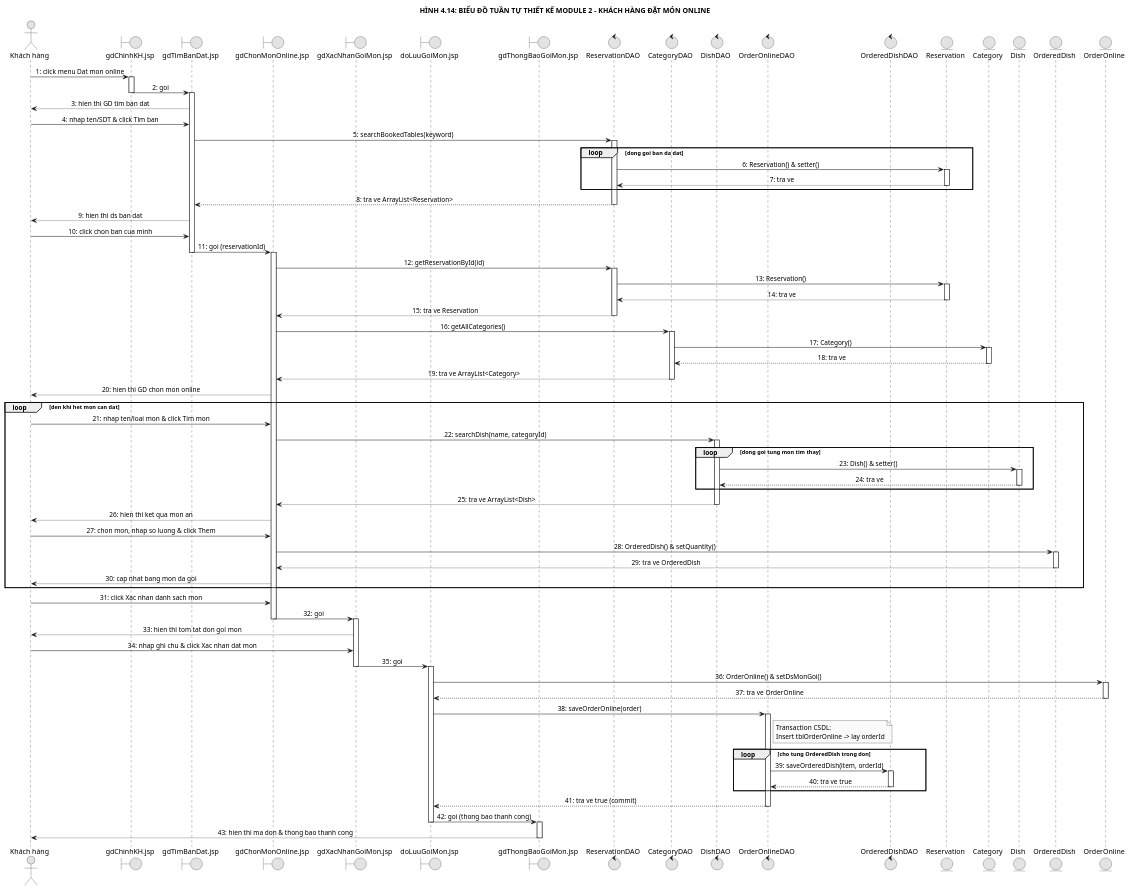
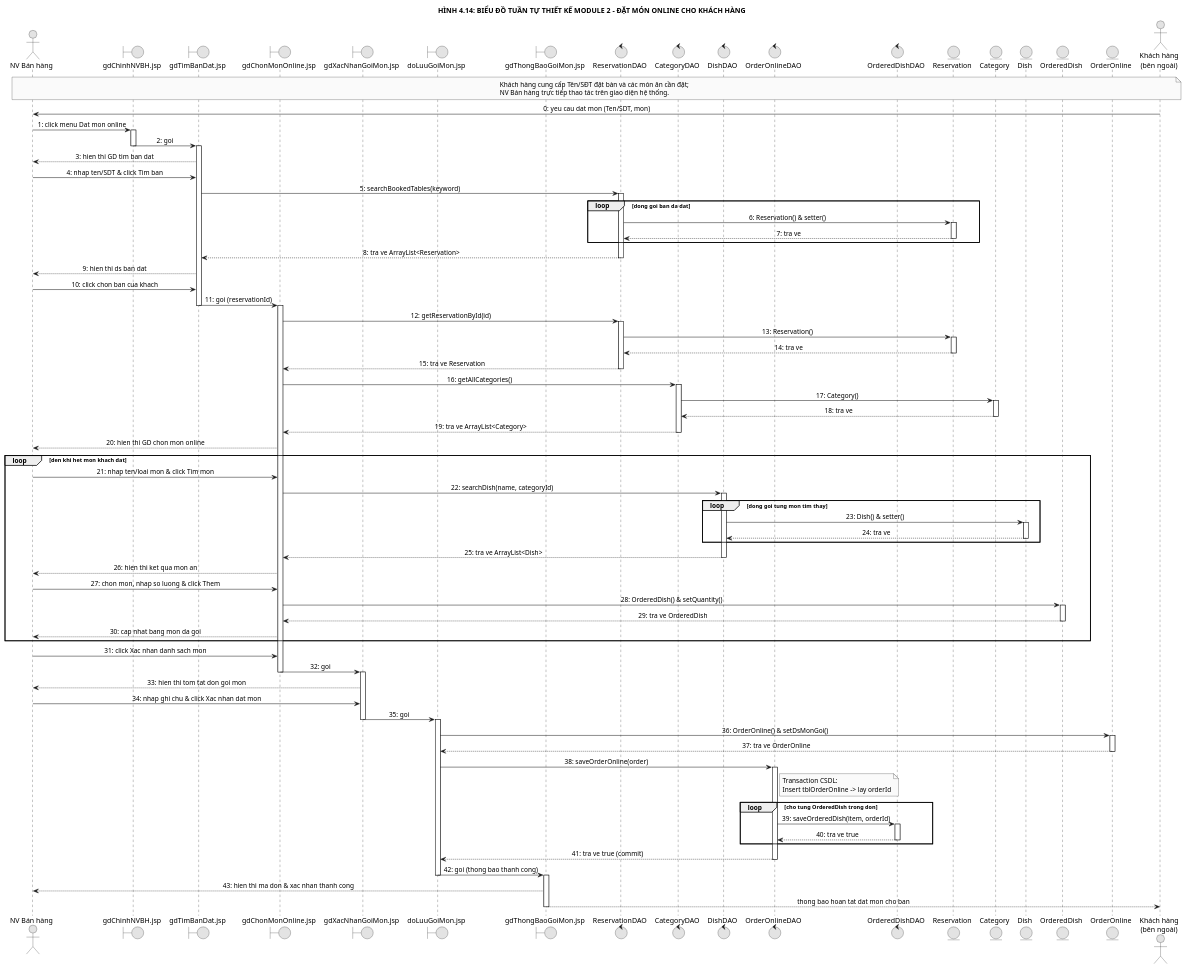
One commit to NEWBIE1005/RMS_RestaurantManagementSystem changed the diagram in docs/plantuml/thiet_ke/Design_06_Module2_Sequence.puml. Above: the diagram before and after it, drawn with PlantUML. The commit also changed 30 other files, not shown here.

```diff
--- a/docs/plantuml/thiet_ke/Design_06_Module2_Sequence.puml
+++ b/docs/plantuml/thiet_ke/Design_06_Module2_Sequence.puml
@@ -1,121 +1,129 @@
 @startuml Design_06_Module2_Sequence
 skinparam monochrome true
 skinparam shadowing false
 skinparam sequenceMessageAlign center
 skinparam responseMessageBelowArrow true
 
-title HÌNH 4.14: BIỂU ĐỒ TUẦN TỰ THIẾT KẾ MODULE 2 - KHÁCH HÀNG ĐẶT MÓN ONLINE
+title HÌNH 4.14: BIỂU ĐỒ TUẦN TỰ THIẾT KẾ MODULE 2 - ĐẶT MÓN ONLINE CHO KHÁCH HÀNG
 
-actor "Khách hàng" as KH
-boundary "gdChinhKH.jsp" as gdChinh
+actor "NV Bán hàng" as NVBH
+boundary "gdChinhNVBH.jsp" as gdChinh
 boundary "gdTimBanDat.jsp" as gdTimBan
 boundary "gdChonMonOnline.jsp" as gdChonMon
 boundary "gdXacNhanGoiMon.jsp" as gdXacNhan
 boundary "doLuuGoiMon.jsp" as doLuu
 boundary "gdThongBaoGoiMon.jsp" as gdBao
 control "ReservationDAO" as ResDAO
 control "CategoryDAO" as CatDAO
 control "DishDAO" as DishDAO
 control "OrderOnlineDAO" as OrdDAO
 control "OrderedDishDAO" as ItemDAO
 entity "Reservation" as Res
 entity "Category" as Cat
 entity "Dish" as Dish
 entity "OrderedDish" as Item
 entity "OrderOnline" as Order
+actor "Khách hàng\n(bên ngoài)" as KH
 
-KH -> gdChinh : 1: click menu Dat mon online
+note over KH, NVBH
+  Khách hàng cung cấp Tên/SĐT đặt bàn và các món ăn cần đặt;
+  NV Bán hàng trực tiếp thao tác trên giao diện hệ thống.
+end note
+
+KH -> NVBH : 0: yeu cau dat mon (Ten/SDT, mon)
+NVBH -> gdChinh : 1: click menu Dat mon online
 activate gdChinh
 gdChinh -> gdTimBan : 2: goi
 deactivate gdChinh
 activate gdTimBan
-gdTimBan --> KH : 3: hien thi GD tim ban dat
-KH -> gdTimBan : 4: nhap ten/SDT & click Tim ban
+gdTimBan --> NVBH : 3: hien thi GD tim ban dat
+NVBH -> gdTimBan : 4: nhap ten/SDT & click Tim ban
 gdTimBan -> ResDAO : 5: searchBookedTables(keyword)
 activate ResDAO
 loop dong goi ban da dat
     ResDAO -> Res : 6: Reservation() & setter()
     activate Res
     Res --> ResDAO : 7: tra ve
     deactivate Res
 end
 ResDAO --> gdTimBan : 8: tra ve ArrayList<Reservation>
 deactivate ResDAO
-gdTimBan --> KH : 9: hien thi ds ban dat
-KH -> gdTimBan : 10: click chon ban cua minh
+gdTimBan --> NVBH : 9: hien thi ds ban dat
+NVBH -> gdTimBan : 10: click chon ban cua khach
 gdTimBan -> gdChonMon : 11: goi (reservationId)
 deactivate gdTimBan
 activate gdChonMon
 gdChonMon -> ResDAO : 12: getReservationById(id)
 activate ResDAO
 ResDAO -> Res : 13: Reservation()
 activate Res
 Res --> ResDAO : 14: tra ve
 deactivate Res
 ResDAO --> gdChonMon : 15: tra ve Reservation
 deactivate ResDAO
 gdChonMon -> CatDAO : 16: getAllCategories()
 activate CatDAO
 CatDAO -> Cat : 17: Category()
 activate Cat
 Cat --> CatDAO : 18: tra ve
 deactivate Cat
 CatDAO --> gdChonMon : 19: tra ve ArrayList<Category>
 deactivate CatDAO
-gdChonMon --> KH : 20: hien thi GD chon mon online
+gdChonMon --> NVBH : 20: hien thi GD chon mon online
 
-loop den khi het mon can dat
-    KH -> gdChonMon : 21: nhap ten/loai mon & click Tim mon
+loop den khi het mon khach dat
+    NVBH -> gdChonMon : 21: nhap ten/loai mon & click Tim mon
     gdChonMon -> DishDAO : 22: searchDish(name, categoryId)
     activate DishDAO
     loop dong goi tung mon tim thay
         DishDAO -> Dish : 23: Dish() & setter()
         activate Dish
         Dish --> DishDAO : 24: tra ve
         deactivate Dish
     end
     DishDAO --> gdChonMon : 25: tra ve ArrayList<Dish>
     deactivate DishDAO
-    gdChonMon --> KH : 26: hien thi ket qua mon an
-    KH -> gdChonMon : 27: chon mon, nhap so luong & click Them
+    gdChonMon --> NVBH : 26: hien thi ket qua mon an
+    NVBH -> gdChonMon : 27: chon mon, nhap so luong & click Them
     gdChonMon -> Item : 28: OrderedDish() & setQuantity()
     activate Item
     Item --> gdChonMon : 29: tra ve OrderedDish
     deactivate Item
-    gdChonMon --> KH : 30: cap nhat bang mon da goi
+    gdChonMon --> NVBH : 30: cap nhat bang mon da goi
 end
 
-KH -> gdChonMon : 31: click Xac nhan danh sach mon
+NVBH -> gdChonMon : 31: click Xac nhan danh sach mon
 gdChonMon -> gdXacNhan : 32: goi
 deactivate gdChonMon
 activate gdXacNhan
-gdXacNhan --> KH : 33: hien thi tom tat don goi mon
-KH -> gdXacNhan : 34: nhap ghi chu & click Xac nhan dat mon
+gdXacNhan --> NVBH : 33: hien thi tom tat don goi mon
+NVBH -> gdXacNhan : 34: nhap ghi chu & click Xac nhan dat mon
 gdXacNhan -> doLuu : 35: goi
 deactivate gdXacNhan
 activate doLuu
 doLuu -> Order : 36: OrderOnline() & setDsMonGoi()
 activate Order
 Order --> doLuu : 37: tra ve OrderOnline
 deactivate Order
 doLuu -> OrdDAO : 38: saveOrderOnline(order)
 activate OrdDAO
 note right of OrdDAO
   Transaction CSDL:
   Insert tblOrderOnline -> lay orderId
 end note
 loop cho tung OrderedDish trong don
     OrdDAO -> ItemDAO : 39: saveOrderedDish(item, orderId)
     activate ItemDAO
     ItemDAO --> OrdDAO : 40: tra ve true
     deactivate ItemDAO
 end
 OrdDAO --> doLuu : 41: tra ve true (commit)
 deactivate OrdDAO
 doLuu -> gdBao : 42: goi (thong bao thanh cong)
 deactivate doLuu
 activate gdBao
-gdBao --> KH : 43: hien thi ma don & thong bao thanh cong
+gdBao --> NVBH : 43: hien thi ma don & xac nhan thanh cong
+gdBao --> KH : thong bao hoan tat dat mon cho ban
 deactivate gdBao
 
 @enduml
```
